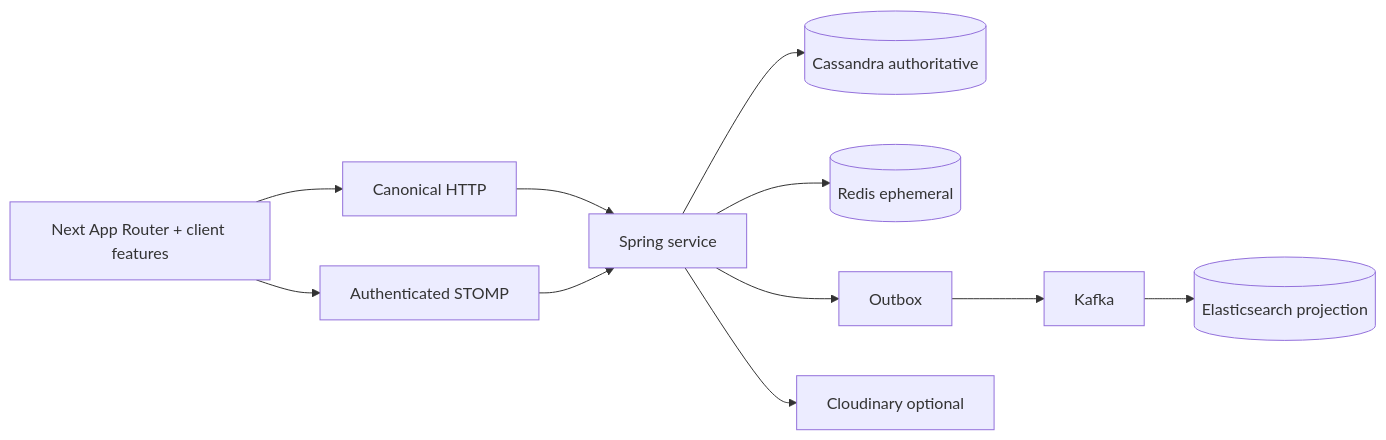
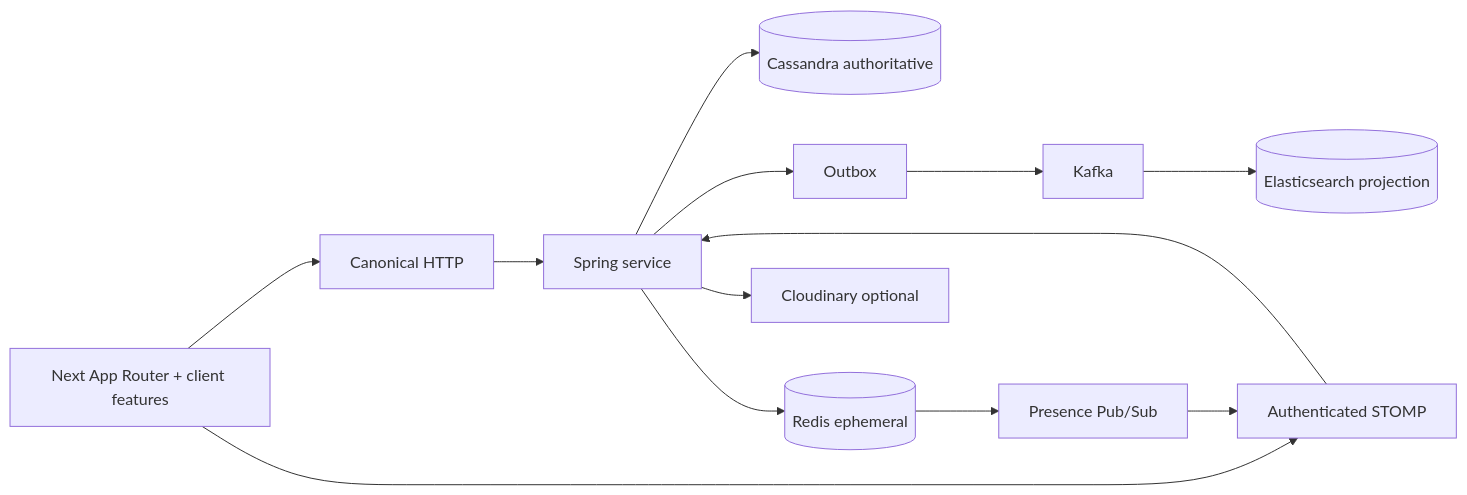
Before and after one commit to CaoNhatLinh/ChatApp: the diagram in docs/ARCHITECTURE.md, drawn with Mermaid. The commit also changed other lines of this file and 22 other files, not shown here.

````diff
--- a/docs/ARCHITECTURE.md
+++ b/docs/ARCHITECTURE.md
@@ -22,13 +25,15 @@
 ```mermaid
 flowchart LR
   UI[Next App Router + client features] --> HTTP[Canonical HTTP]
   UI --> WS[Authenticated STOMP]
   HTTP --> S[Spring service]
   WS --> S
   S --> C[(Cassandra authoritative)]
   S --> R[(Redis ephemeral)]
+  R --> RP[Presence Pub/Sub]
+  RP --> WS
   S --> O[Outbox]
   O --> K[Kafka]
   K --> ES[(Elasticsearch projection)]
   S --> M[Cloudinary optional]
 ```
````
